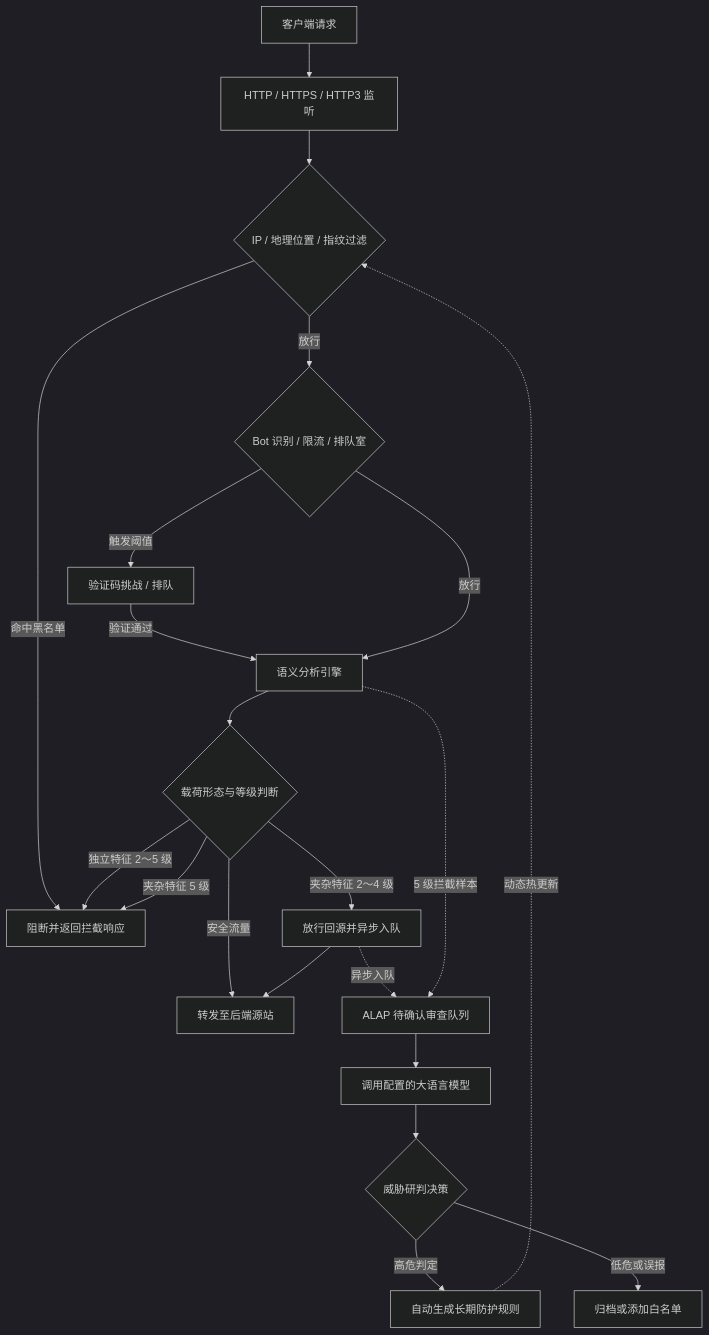
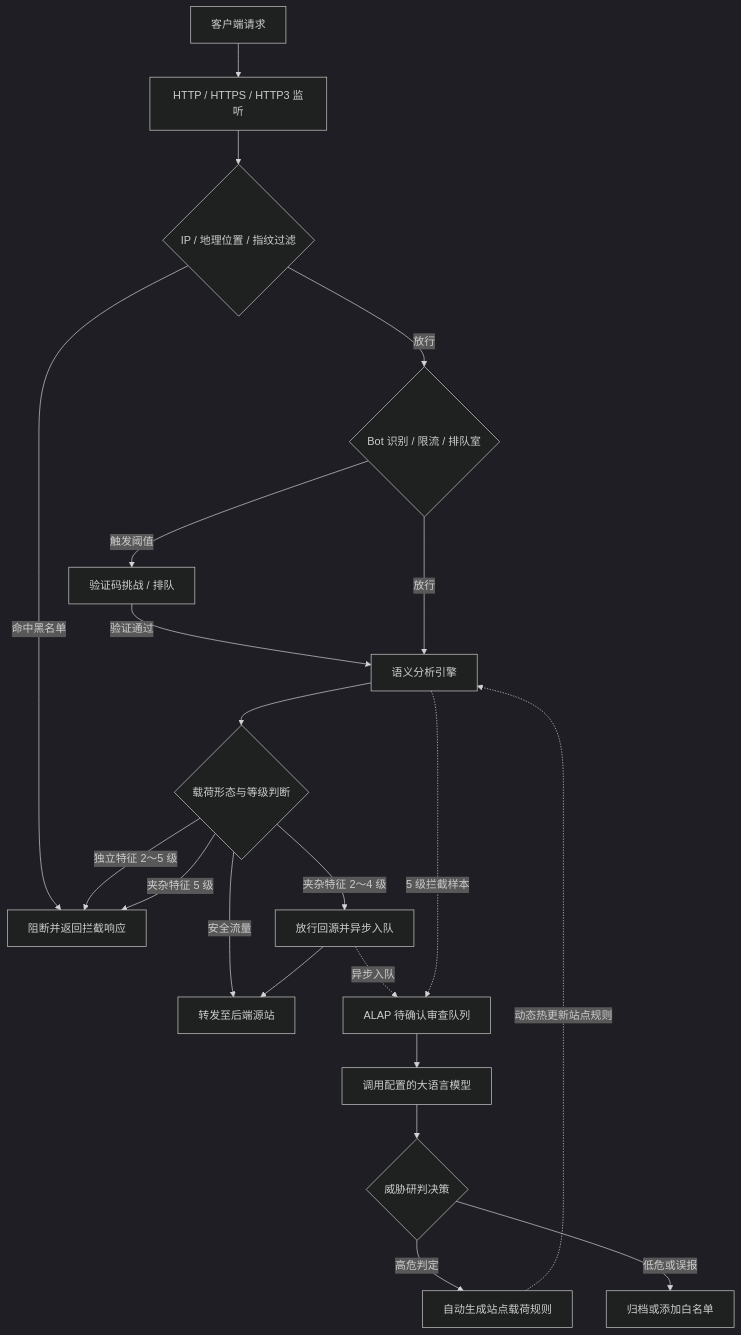
Before and after one commit to LaokeQwQ/CheeseWAF: the diagram in README_CN.md, drawn with Mermaid (dark theme). The commit also changed other lines of this file and 13 other files, not shown here.

````diff
--- a/README_CN.md
+++ b/README_CN.md
@@ -82,23 +82,23 @@
 ```mermaid
 flowchart TB
   Client[客户端请求] --> Ingress[HTTP / HTTPS / HTTP3 监听]
   Ingress --> IP{IP / 地理位置 / 指纹过滤}
   IP -->|命中黑名单| Block[阻断并返回拦截响应]
   IP -->|放行| Bot{Bot 识别 / 限流 / 排队室}
   Bot -->|触发阈值| Challenge[验证码挑战 / 排队]
   Challenge -->|验证通过| Sem
   Bot -->|放行| Sem[语义分析引擎]
   Sem --> Shape{载荷形态与等级判断}
   Shape -->|独立特征 2～5 级| Block
   Shape -->|夹杂特征 5 级| Block
   Shape -->|夹杂特征 2～4 级| Pass[放行回源并异步入队]
   Shape -->|安全流量| Origin[转发至后端源站]
   Pass --> Origin
   Pass -.->|异步入队| Queue[ALAP 待确认审查队列]
   Sem -.->|5 级拦截样本| Queue
   Queue --> LLM[调用配置的大语言模型]
   LLM --> Review{威胁研判决策}
-  Review -->|高危判定| Rule[自动生成长期防护规则]
+  Review -->|高危判定| Rule[自动生成站点载荷规则]
   Review -->|低危或误报| Dismiss[归档或添加白名单]
-  Rule -.->|动态热更新| IP
+  Rule -.->|动态热更新站点规则| Sem
 ```
````
